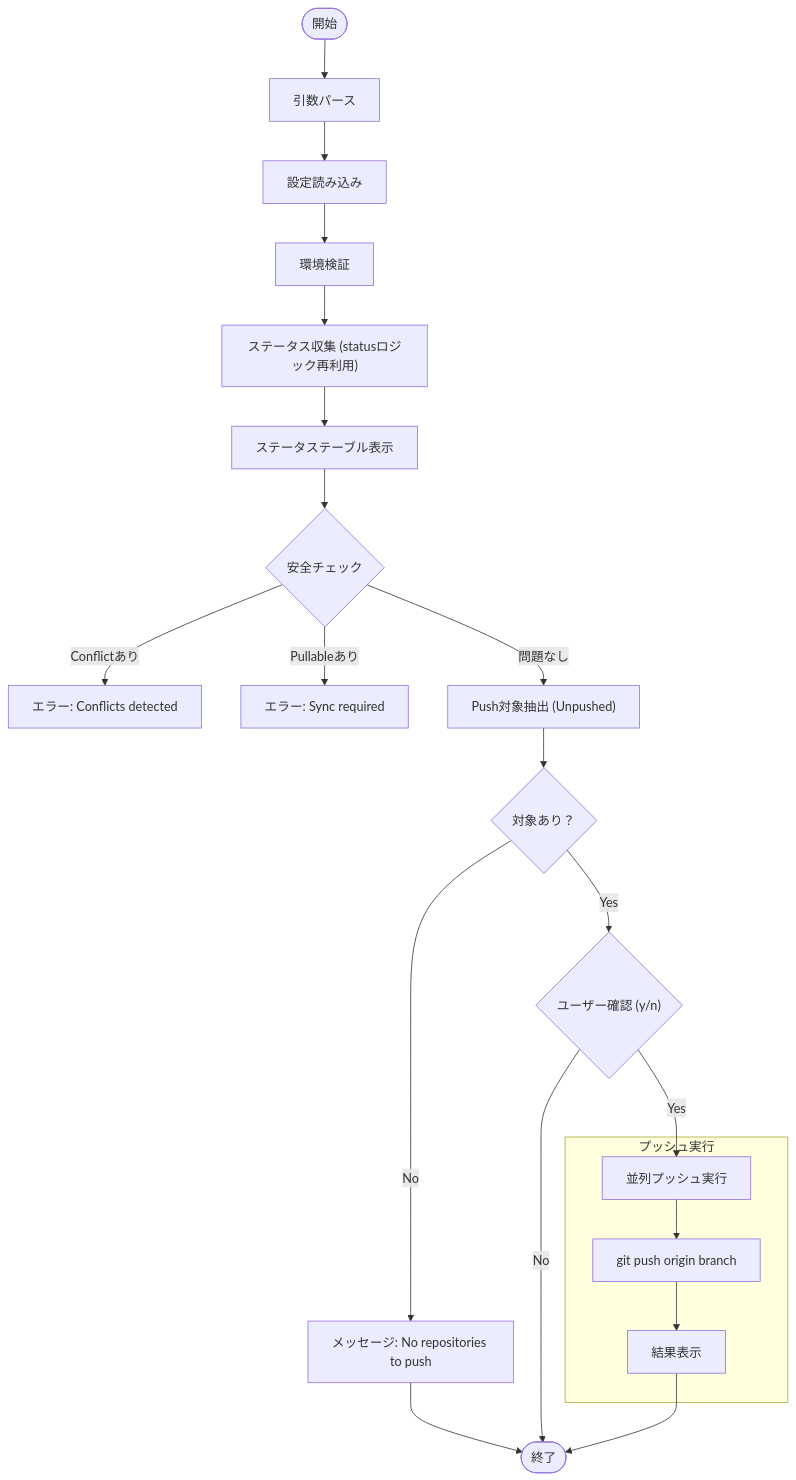
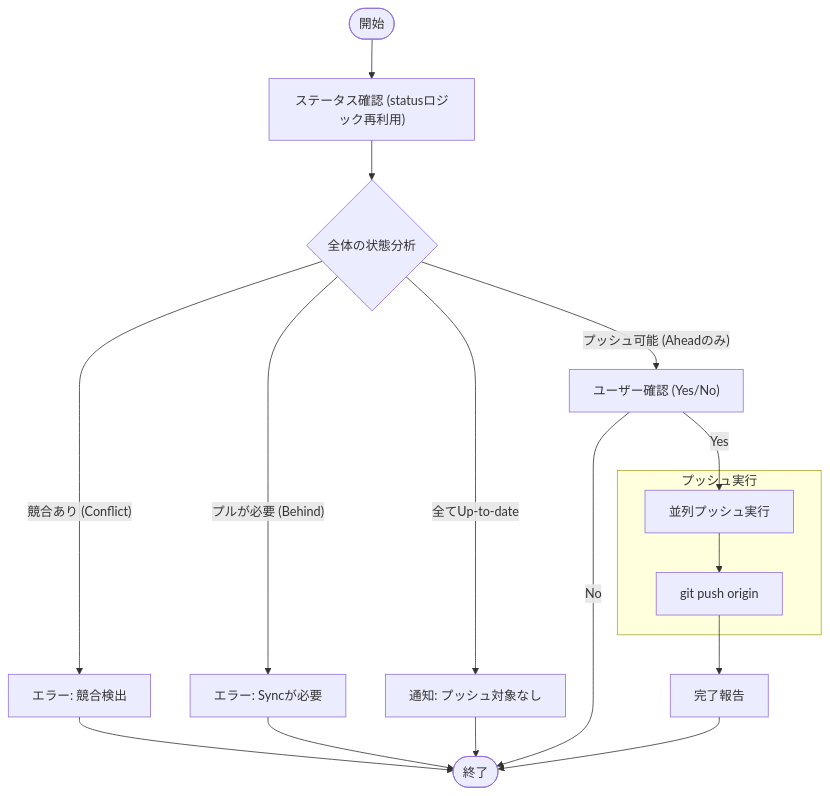
The diagram in docs/internal/app/push.md (keiji/mistletoe), drawn with Mermaid before and after one commit. The commit also changed other lines of this file and 7 other files, not shown here.

````diff
--- a/docs/internal/app/push.md
+++ b/docs/internal/app/push.md
@@ -33,28 +26,23 @@
 ```mermaid
 flowchart TD
-    Start(["開始"]) --> ParseArgs["引数パース"]
-    ParseArgs --> LoadConfig["設定読み込み"]
-    LoadConfig --> ValidateEnv["環境検証"]
-    ValidateEnv --> CollectStatus["ステータス収集 (statusロジック再利用)"]
+    Start(["開始"]) --> StatusCheck["ステータス確認 (statusロジック再利用)"]
+    StatusCheck --> AnalyzeState{"全体の状態分析"}
 
-    CollectStatus --> RenderTable["ステータステーブル表示"]
-    RenderTable --> CheckSafety{"安全チェック"}
+    AnalyzeState -- "競合あり (Conflict)" --> ErrorConflict["エラー: 競合検出"]
+    AnalyzeState -- "プルが必要 (Behind)" --> ErrorBehind["エラー: Syncが必要"]
+    AnalyzeState -- "全てUp-to-date" --> InfoNothing["通知: プッシュ対象なし"]
+    AnalyzeState -- "プッシュ可能 (Aheadのみ)" --> Confirm["ユーザー確認 (Yes/No)"]
 
-    CheckSafety -- "Conflictあり" --> ErrorConflict["エラー: Conflicts detected"]
-    CheckSafety -- "Pullableあり" --> ErrorSync["エラー: Sync required"]
-
-    CheckSafety -- "問題なし" --> FilterPushable["Push対象抽出 (Unpushed)"]
-    FilterPushable --> CheckEmpty{"対象あり？"}
-    CheckEmpty -- No --> MsgEmpty["メッセージ: No repositories to push"] --> End(["終了"])
-
-    CheckEmpty -- Yes --> UserPrompt{"ユーザー確認 (y/n)"}
-    UserPrompt -- No --> End
-    UserPrompt -- Yes --> PushLoop["並列プッシュ実行"]
+    Confirm -- "No" --> Stop(["終了"])
+    Confirm -- "Yes" --> PushLoop["並列プッシュ実行"]
 
     subgraph "プッシュ実行"
-        PushLoop --> GitPush["git push origin branch"]
-        GitPush --> ResultLog["結果表示"]
+        PushLoop --> GitPush["git push origin <branch>"]
     end
 
-    ResultLog --> End
+    GitPush --> Report["完了報告"]
+    ErrorConflict --> Stop
+    ErrorBehind --> Stop
+    InfoNothing --> Stop
+    Report --> Stop
 ```
````
